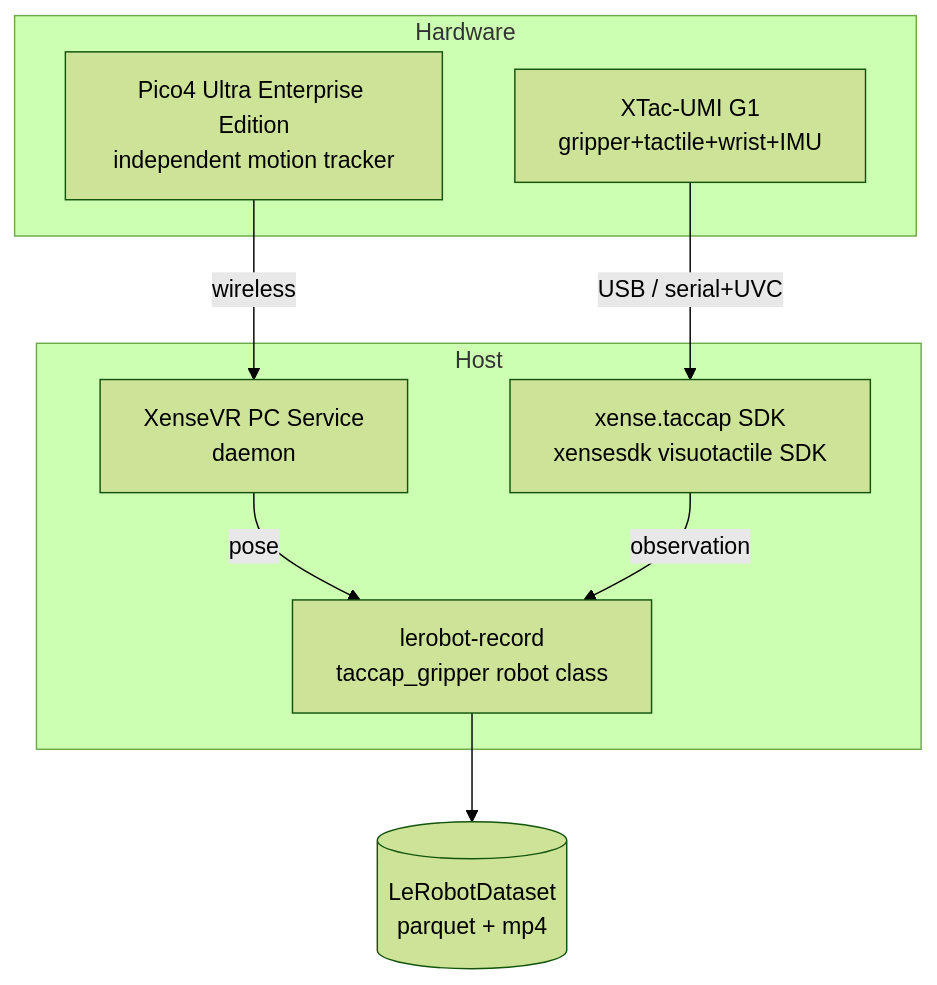
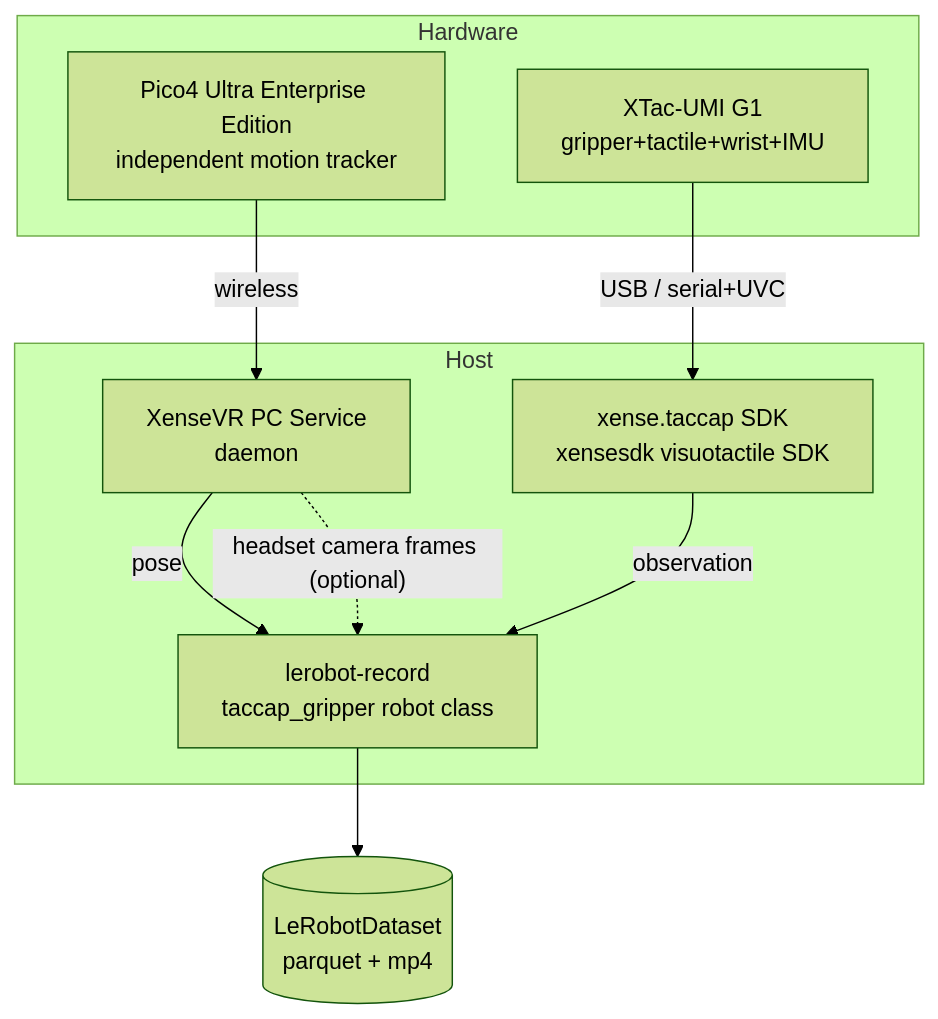
Before and after one commit to Vertax42/taccap-gripper-docs: the diagram in docs/01-overview.en.md, drawn with Mermaid (forest theme). The commit also changed other lines of this file and 14 other files, not shown here.

````diff
--- a/docs/01-overview.en.md
+++ b/docs/01-overview.en.md
@@ -27,17 +27,18 @@
 ```mermaid
 flowchart TB
     subgraph Hardware
       G[XTac-UMI G1<br/>gripper+tactile+wrist+IMU]
       P[Pico4 Ultra Enterprise Edition<br/>independent motion tracker]
     end
     subgraph Host
       PS[XenseVR PC Service<br/>daemon]
       SDK[xense.taccap SDK<br/>xensesdk visuotactile SDK]
       LR[lerobot-record<br/>taccap_gripper robot class]
     end
     G -- USB / serial+UVC --> SDK
     P -- wireless --> PS
     PS -- pose --> LR
+    PS -. headset camera frames (optional) .-> LR
     SDK -- observation --> LR
     LR --> DS[(LeRobotDataset<br/>parquet + mp4)]
 ```
````
